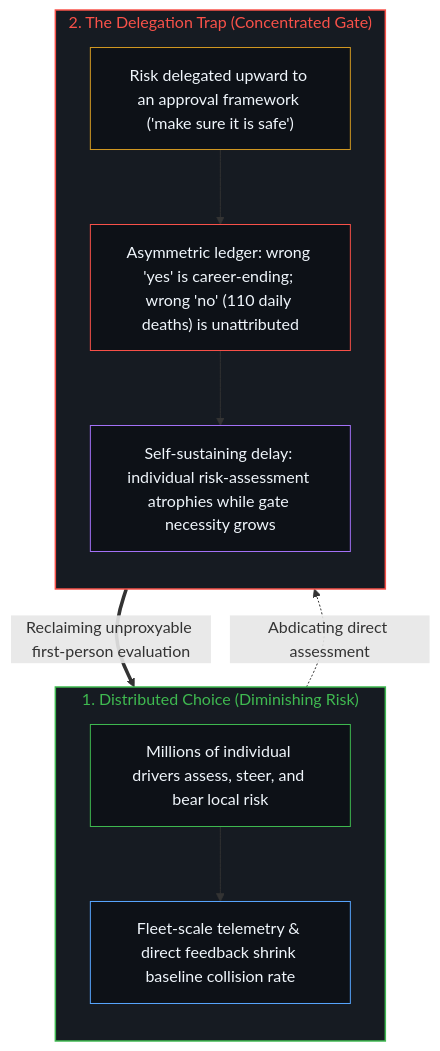
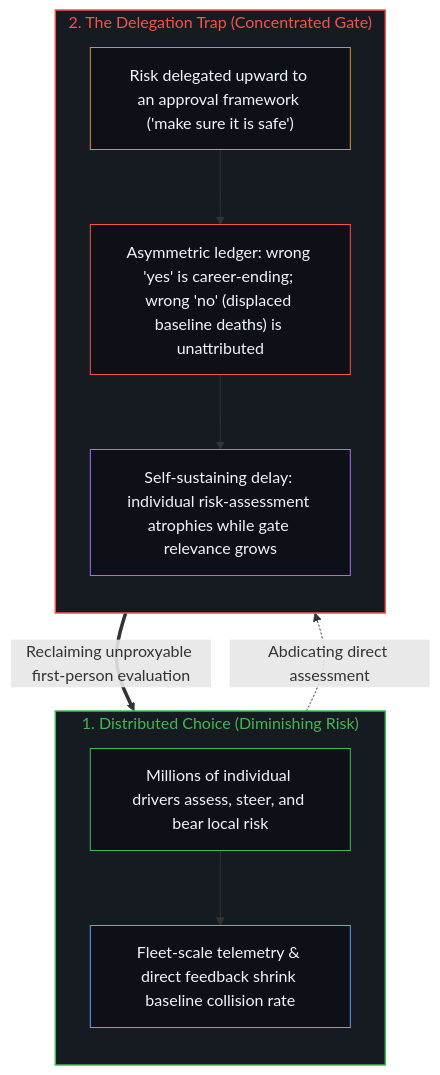
The second of 2 diagrams in content/posts/the-risk-you-delegate-is-the-risk-you-create.md (powerpig99/not-a-toe), drawn with Mermaid before and after one commit. The commit also changed other lines of this file and 13 other files, not shown here.

````diff
--- a/content/posts/the-risk-you-delegate-is-the-risk-you-create.md
+++ b/content/posts/the-risk-you-delegate-is-the-risk-you-create.md
@@ -61,25 +61,25 @@
 ```mermaid
 flowchart TD
     subgraph S_Dist["1. Distributed Choice (Diminishing Risk)"]
         direction TB
         D_Act["Millions of individual drivers assess, steer, and bear local risk"]
         D_Learn["Fleet-scale telemetry & direct feedback shrink baseline collision rate"]
         D_Act --> D_Learn
     end
     subgraph S_Gate["2. The Delegation Trap (Concentrated Gate)"]
         direction TB
         G_Hand["Risk delegated upward to an approval framework ('make sure it is safe')"]
-        G_Asym["Asymmetric ledger: wrong 'yes' is career-ending; wrong 'no' (110 daily deaths) is unattributed"]
-        G_Loop["Self-sustaining delay: individual risk-assessment atrophies while gate necessity grows"]
+        G_Asym["Asymmetric ledger: wrong 'yes' is career-ending; wrong 'no' (displaced baseline deaths) is unattributed"]
+        G_Loop["Self-sustaining delay: individual risk-assessment atrophies while gate relevance grows"]
         G_Hand --> G_Asym --> G_Loop
     end
     D_Act -.->|"Abdicating direct assessment"| G_Hand
     G_Loop ==>|"Reclaiming unproxyable first-person evaluation"| D_Act
     style S_Dist fill:#161b22,stroke:#3fb950,stroke-width:1.5px,color:#3fb950
     style S_Gate fill:#161b22,stroke:#f85149,stroke-width:1.5px,color:#f85149
     style D_Act fill:#0d1117,stroke:#3fb950,stroke-width:1px,color:#f0f6fc
     style D_Learn fill:#0d1117,stroke:#58a6ff,stroke-width:1px,color:#f0f6fc
     style G_Hand fill:#0d1117,stroke:#d29922,stroke-width:1px,color:#f0f6fc
     style G_Asym fill:#0d1117,stroke:#f85149,stroke-width:1px,color:#f0f6fc
     style G_Loop fill:#0d1117,stroke:#a371f7,stroke-width:1px,color:#f0f6fc
 ```
````
